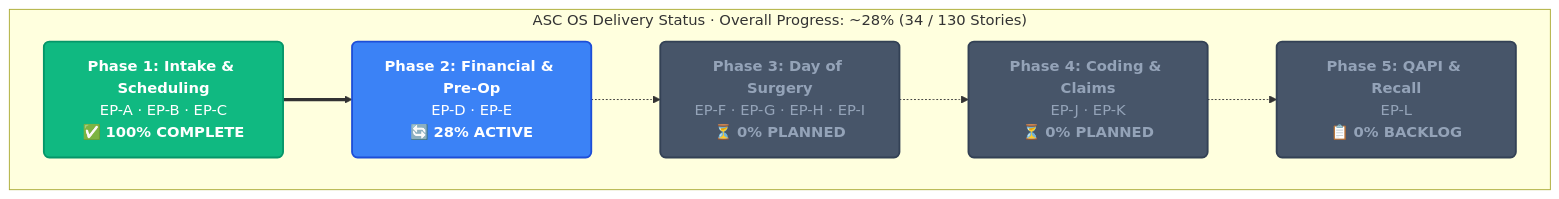
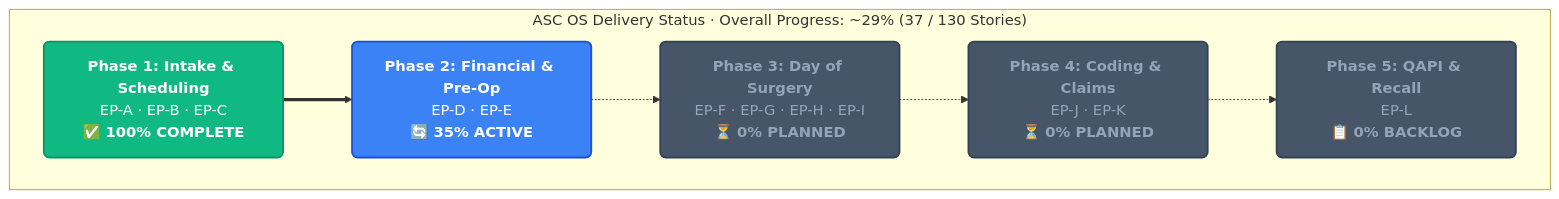
The first of 2 diagrams in README.md (imRahul05/ASC-EHR), drawn with Mermaid before and after one commit. The commit also changed other lines of this file and 1 other file, not shown here.

Commit message:
docs: synchronize delivery roadmap and implementation plan with PR #89 (P17)

````diff
--- a/README.md
+++ b/README.md
@@ -20,17 +20,17 @@
 ```mermaid
 flowchart LR
     classDef done fill:#10b981,stroke:#059669,stroke-width:2px,color:#fff,rx:6px,ry:6px
     classDef active fill:#3b82f6,stroke:#1d4ed8,stroke-width:2px,color:#fff,rx:6px,ry:6px
     classDef planned fill:#475569,stroke:#334155,stroke-width:2px,color:#94a3b8,rx:6px,ry:6px
 
-    subgraph Roadmap ["ASC OS Delivery Status · Overall Progress: ~28% (34 / 130 Stories)"]
+    subgraph Roadmap ["ASC OS Delivery Status · Overall Progress: ~29% (37 / 130 Stories)"]
         direction LR
         P1["<b>Phase 1: Intake & Scheduling</b><br/>EP-A · EP-B · EP-C<br/>✅ <b>100% COMPLETE</b>"]:::done
-        P2["<b>Phase 2: Financial & Pre-Op</b><br/>EP-D · EP-E<br/>🔄 <b>28% ACTIVE</b>"]:::active
+        P2["<b>Phase 2: Financial & Pre-Op</b><br/>EP-D · EP-E<br/>🔄 <b>35% ACTIVE</b>"]:::active
         P3["<b>Phase 3: Day of Surgery</b><br/>EP-F · EP-G · EP-H · EP-I<br/>⏳ <b>0% PLANNED</b>"]:::planned
         P4["<b>Phase 4: Coding & Claims</b><br/>EP-J · EP-K<br/>⏳ <b>0% PLANNED</b>"]:::planned
         P5["<b>Phase 5: QAPI & Recall</b><br/>EP-L<br/>📋 <b>0% BACKLOG</b>"]:::planned
 
         P1 ==> P2 -.-> P3 -.-> P4 -.-> P5
     end
 ```
````
